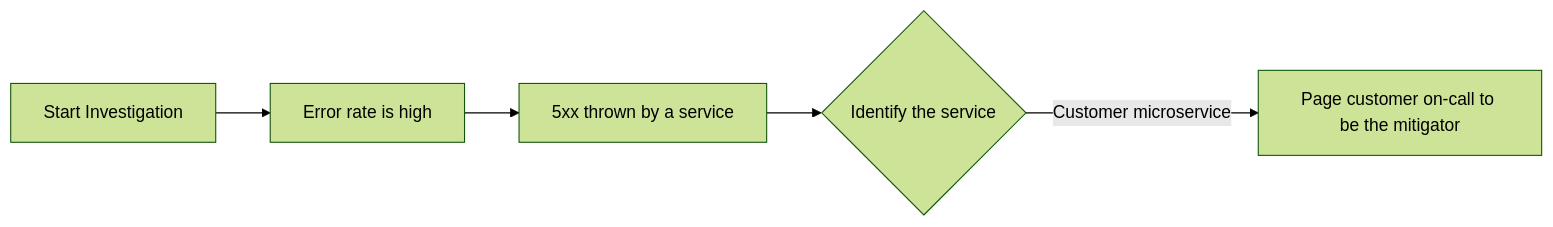
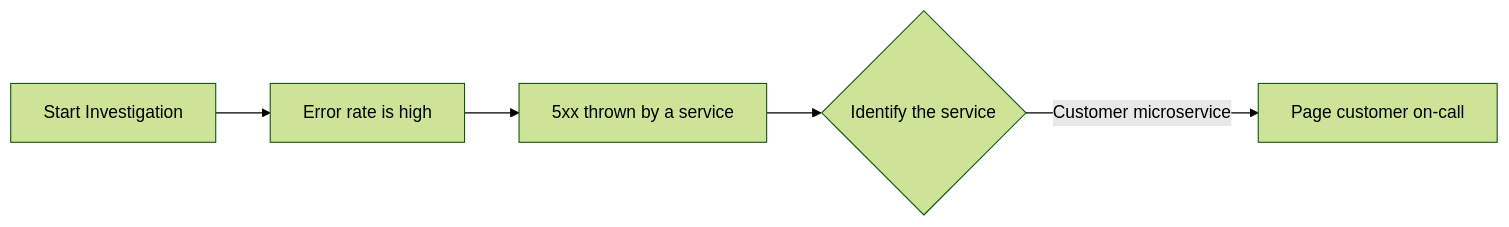
Diagram 17 of 19 in 3_Resources/Tasks/Global runbook for cosoncall.md (connectpalaniappan/pal-notes), drawn with Mermaid (forest theme) before and after one commit. The commit also changed other lines of this file and 69 other files, not shown here.

````diff
--- a/3_Resources/Tasks/Global runbook for cosoncall.md
+++ b/3_Resources/Tasks/Global runbook for cosoncall.md
@@ -256,7 +256,7 @@
 ```mermaid 
 flowchart LR 
 Start[Start Investigation] --> HighErrorRate[Error rate is high]
 HighErrorRate --> 5xx[5xx thrown by a service] 
 5xx --> IdentifytheService{Identify the service}
-IdentifytheService --> |Customer microservice| CustomerOnCall[Page customer on-call to be the mitigator]
+IdentifytheService --> |Customer microservice| CustomerOnCall[Page customer on-call]
 ```
````
